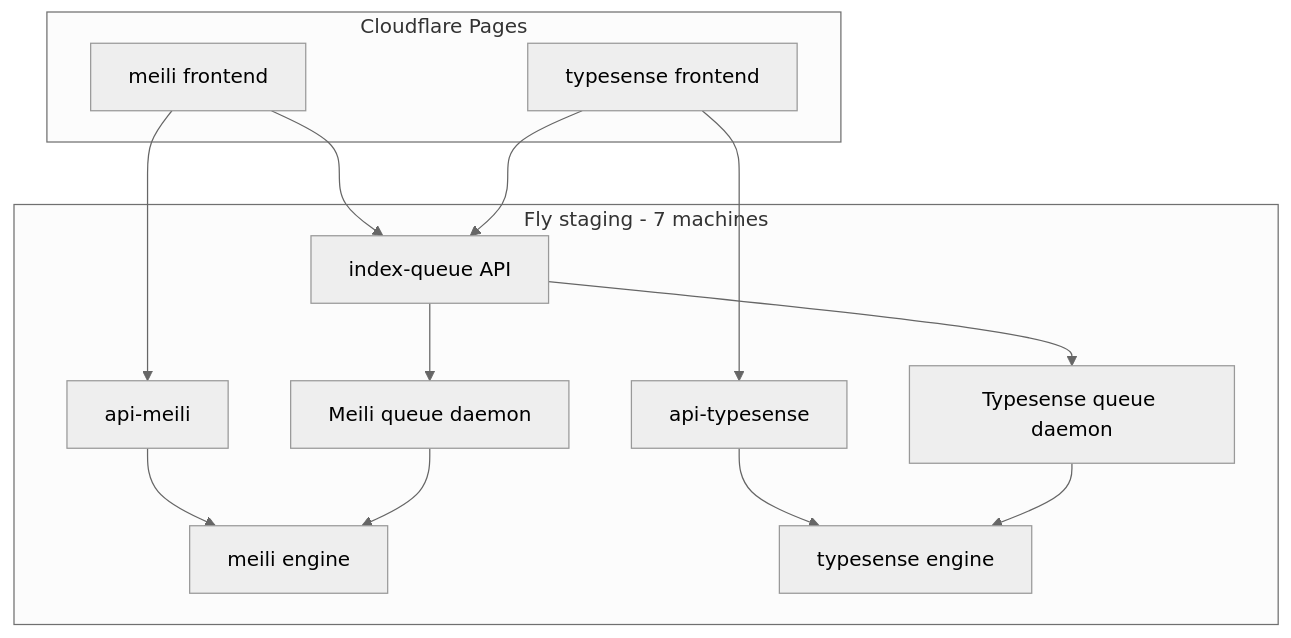
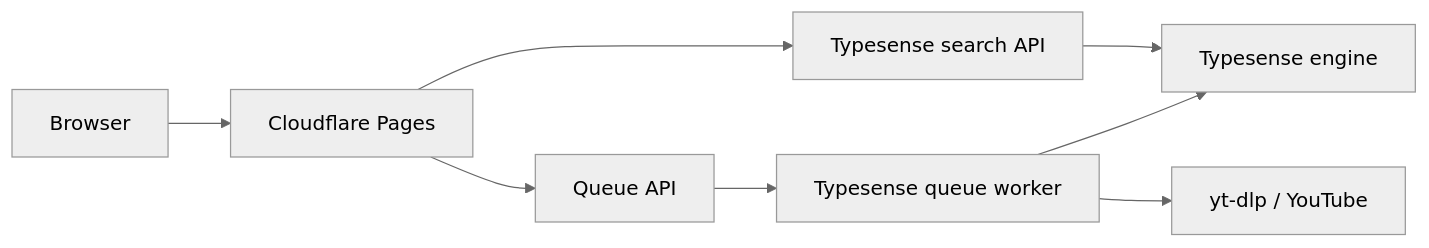
Before and after one commit to Priyansh4444/ytsearch: the diagram in docs/staging-architecture.md, drawn with Mermaid (neutral theme). The commit also changed other lines of this file and 4 other files, not shown here.

````diff
--- a/docs/staging-architecture.md
+++ b/docs/staging-architecture.md
@@ -21,24 +15,10 @@
 ```mermaid
-flowchart TB
-  subgraph pages [Cloudflare Pages]
-    MEILI_FE[meili frontend]
-    TS_FE[typesense frontend]
-  end
-
-  subgraph fly [Fly staging - 7 machines]
-    MEILI_API[api-meili]
-    MEILI_ENGINE[meili engine]
-    TS_API[api-typesense]
-    TS_ENGINE[typesense engine]
-    QUEUE[index-queue API]
-    MEILI_INDEXER[Meili queue daemon]
-    TYPESENSE_INDEXER[Typesense queue daemon]
-  end
-
-  MEILI_FE --> MEILI_API --> MEILI_ENGINE
-  TS_FE --> TS_API --> TS_ENGINE
-  MEILI_FE --> QUEUE
-  TS_FE --> QUEUE
-  QUEUE --> MEILI_INDEXER --> MEILI_ENGINE
-  QUEUE --> TYPESENSE_INDEXER --> TS_ENGINE
+flowchart LR
+  Browser --> Pages[Cloudflare Pages]
+  Pages --> API[Typesense search API]
+  API --> Engine[Typesense engine]
+  Pages --> Queue[Queue API]
+  Queue --> Worker[Typesense queue worker]
+  Worker --> YouTube[yt-dlp / YouTube]
+  Worker --> Engine
 ```
````
